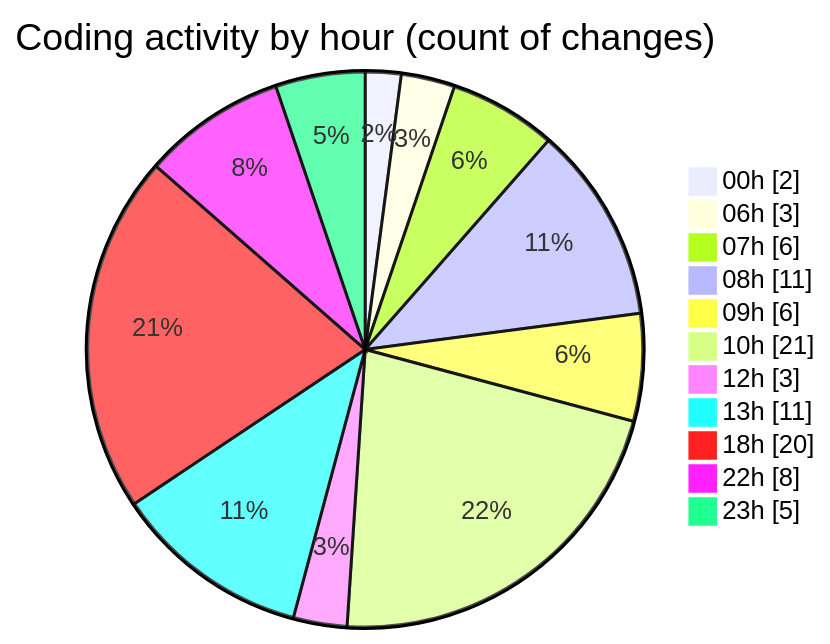
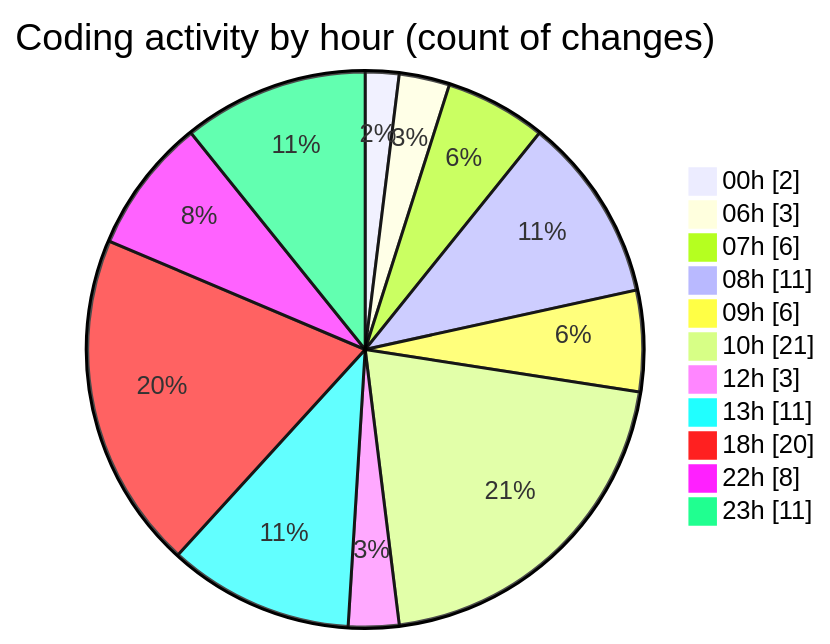
One commit to Elitesun/code-tracking changed the second of 2 diagrams in 2025-05-15/niten/README.md. Above: the diagram before and after it, drawn with Mermaid. The commit also changed other lines of this file and 1 other file, not shown here.

````diff
--- a/2025-05-15/niten/README.md
+++ b/2025-05-15/niten/README.md
@@ -58,15 +58,15 @@
 ```mermaid
 pie showData
 title Coding activity by hour (count of changes)
 "00h" : 2
 "06h" : 3
 "07h" : 6
 "08h" : 11
 "09h" : 6
 "10h" : 21
 "12h" : 3
 "13h" : 11
 "18h" : 20
 "22h" : 8
-"23h" : 5
+"23h" : 11
 ```
````
